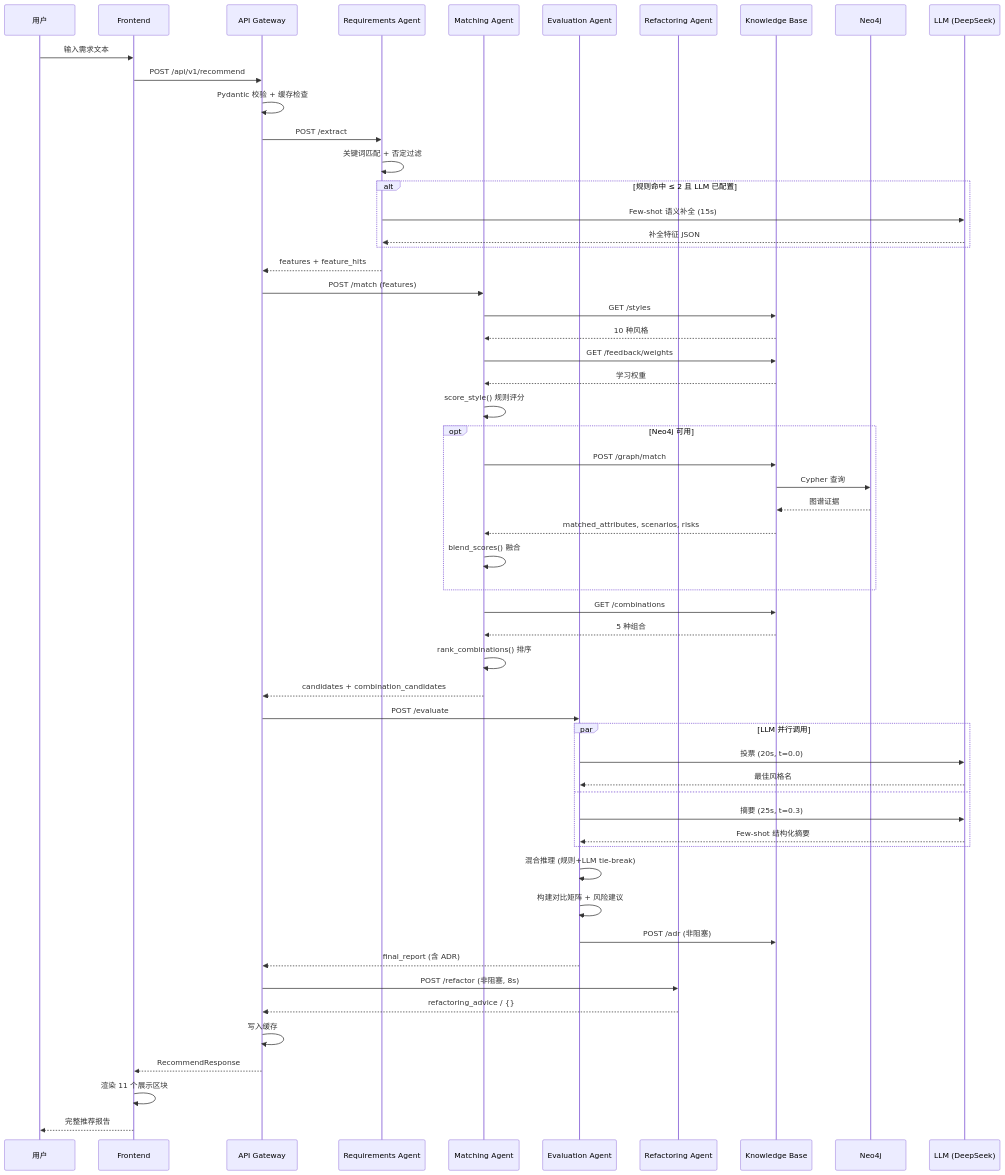
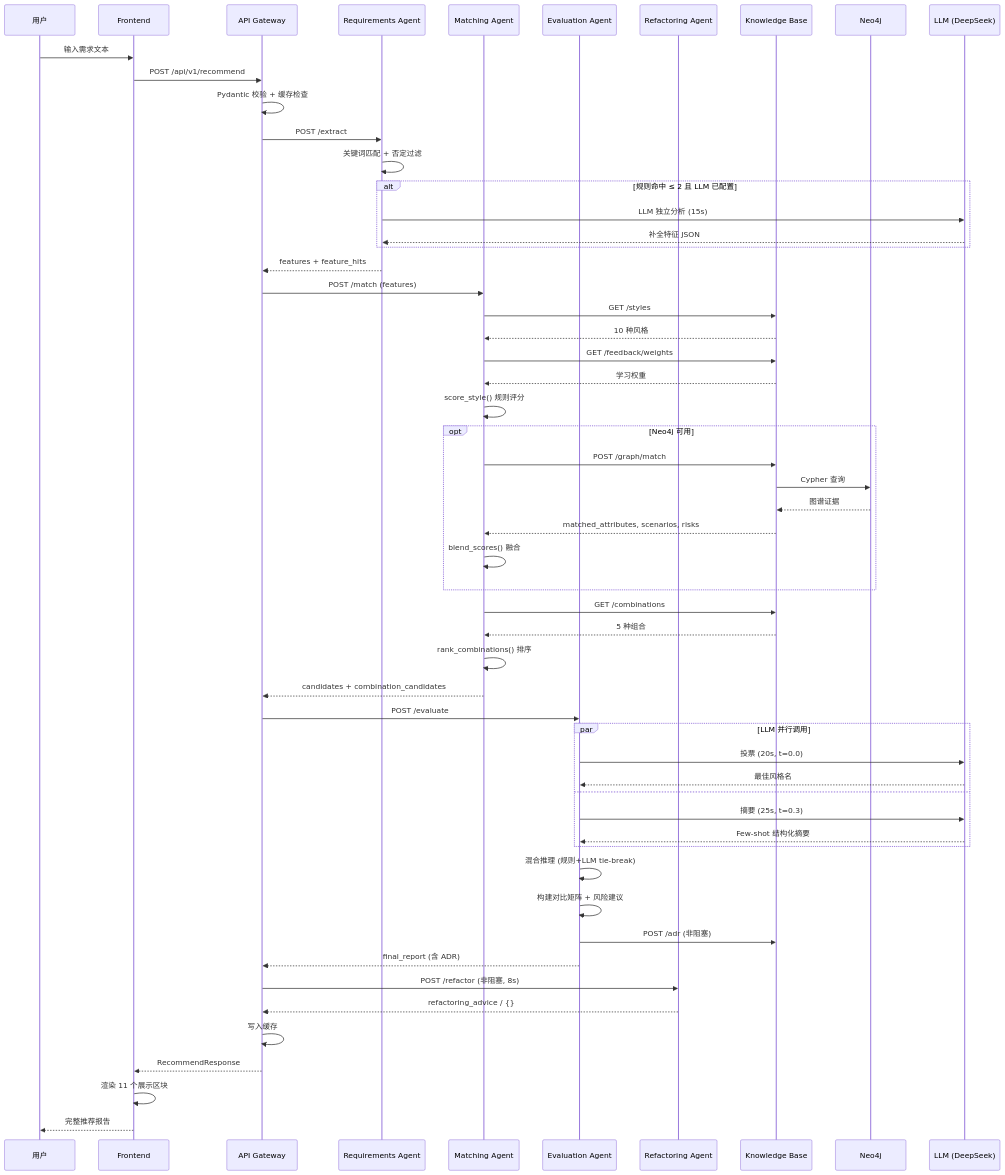
Before and after one commit to zbhzbhzbh11/architecture-assistant: the fourth of 5 diagrams in docs/02-架构设计文档.md, drawn with Mermaid. The commit also changed other lines of this file and 89 other files, not shown here.

First line of the commit message:
feat: LLM-first需求分析 + 12维特征 + 非对称惩罚 + 子图模块化 + 前端改版

````diff
--- a/docs/02-架构设计文档.md
+++ b/docs/02-架构设计文档.md
@@ -361,64 +361,64 @@
 ```mermaid
 sequenceDiagram
     participant U as 用户
     participant F as Frontend
     participant G as API Gateway
     participant R as Requirements Agent
     participant M as Matching Agent
     participant E as Evaluation Agent
     participant Ref as Refactoring Agent
     participant K as Knowledge Base
     participant Neo as Neo4j
     participant L as LLM (DeepSeek)
 
     U->>F: 输入需求文本
     F->>G: POST /api/v1/recommend
     G->>G: Pydantic 校验 + 缓存检查
 
     G->>R: POST /extract
     R->>R: 关键词匹配 + 否定过滤
     alt 规则命中 ≤ 2 且 LLM 已配置
-        R->>L: Few-shot 语义补全 (15s)
+        R->>L: LLM 独立分析 (15s)
         L-->>R: 补全特征 JSON
     end
     R-->>G: features + feature_hits
 
     G->>M: POST /match (features)
     M->>K: GET /styles
     K-->>M: 10 种风格
     M->>K: GET /feedback/weights
     K-->>M: 学习权重
     M->>M: score_style() 规则评分
     opt Neo4j 可用
         M->>K: POST /graph/match
         K->>Neo: Cypher 查询
         Neo-->>K: 图谱证据
         K-->>M: matched_attributes, scenarios, risks
         M->>M: blend_scores() 融合
     end
     M->>K: GET /combinations
     K-->>M: 5 种组合
     M->>M: rank_combinations() 排序
     M-->>G: candidates + combination_candidates
 
     G->>E: POST /evaluate
     par LLM 并行调用
         E->>L: 投票 (20s, t=0.0)
         L-->>E: 最佳风格名
     and
         E->>L: 摘要 (25s, t=0.3)
         L-->>E: Few-shot 结构化摘要
     end
     E->>E: 混合推理 (规则+LLM tie-break)
     E->>E: 构建对比矩阵 + 风险建议
     E->>K: POST /adr (非阻塞)
     E-->>G: final_report (含 ADR)
 
     G->>Ref: POST /refactor (非阻塞, 8s)
     Ref-->>G: refactoring_advice / {}
 
     G->>G: 写入缓存
     G-->>F: RecommendResponse
     F->>F: 渲染 11 个展示区块
     F-->>U: 完整推荐报告
 ```
````
